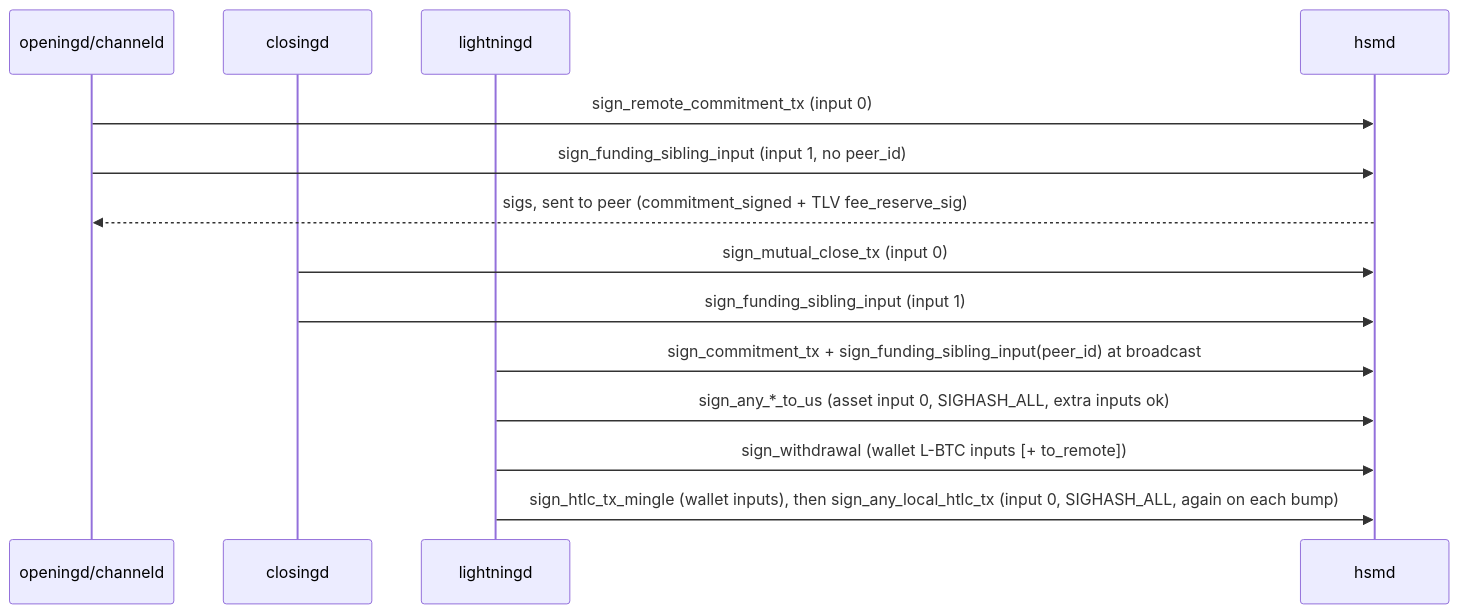
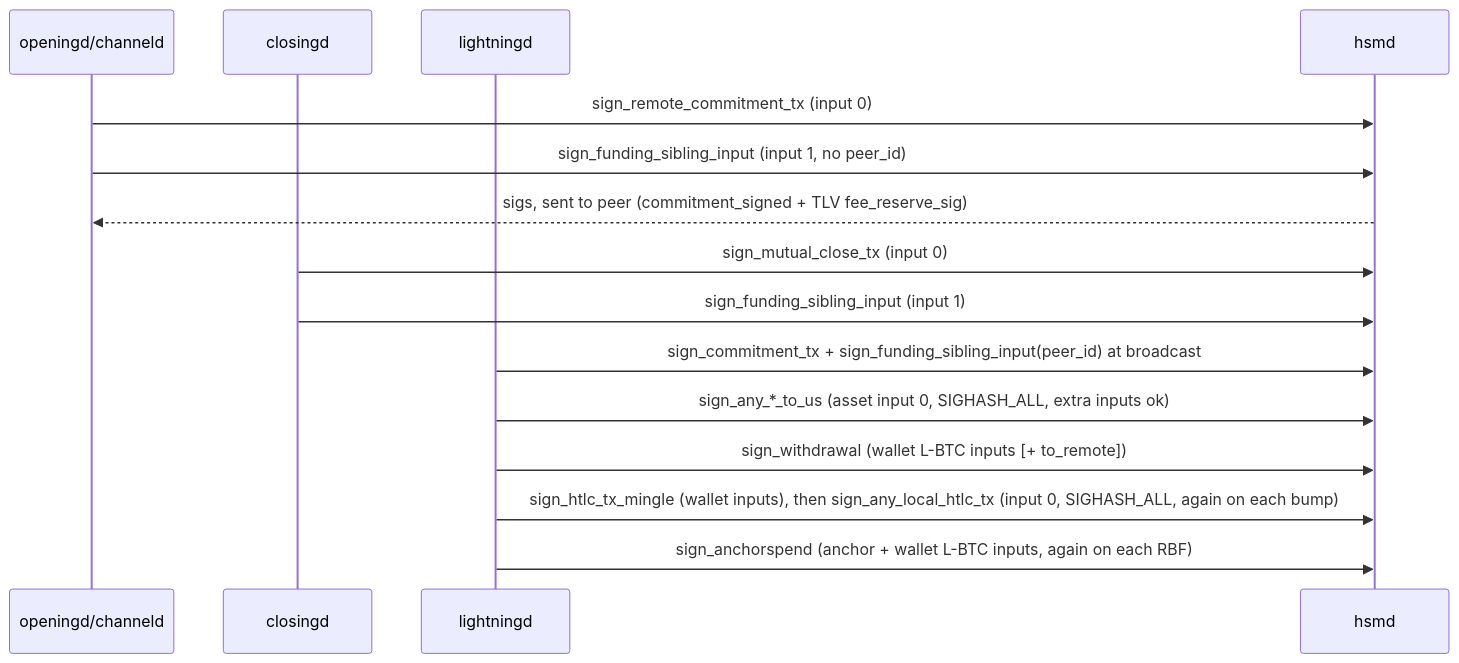
Before and after one commit to MarkCherepovskyi/lightning: the diagram in contrib/assets-vault/Core/Core - hsmd.md, drawn with Mermaid. The commit also changed other lines of this file and 15 other files, not shown here.

````diff
--- a/contrib/assets-vault/Core/Core - hsmd.md
+++ b/contrib/assets-vault/Core/Core - hsmd.md
@@ -203,16 +203,17 @@
 ```mermaid
 sequenceDiagram
   participant O as openingd/channeld
   participant C as closingd
   participant L as lightningd
   participant H as hsmd
   O->>H: sign_remote_commitment_tx (input 0)
   O->>H: sign_funding_sibling_input (input 1, no peer_id)
   H-->>O: sigs, sent to peer (commitment_signed + TLV fee_reserve_sig)
   C->>H: sign_mutual_close_tx (input 0)
   C->>H: sign_funding_sibling_input (input 1)
   L->>H: sign_commitment_tx + sign_funding_sibling_input(peer_id) at broadcast
   L->>H: sign_any_*_to_us (asset input 0, SIGHASH_ALL, extra inputs ok)
   L->>H: sign_withdrawal (wallet L-BTC inputs [+ to_remote])
   L->>H: sign_htlc_tx_mingle (wallet inputs), then sign_any_local_htlc_tx (input 0, SIGHASH_ALL, again on each bump)
+  L->>H: sign_anchorspend (anchor + wallet L-BTC inputs, again on each RBF)
 ```
````
